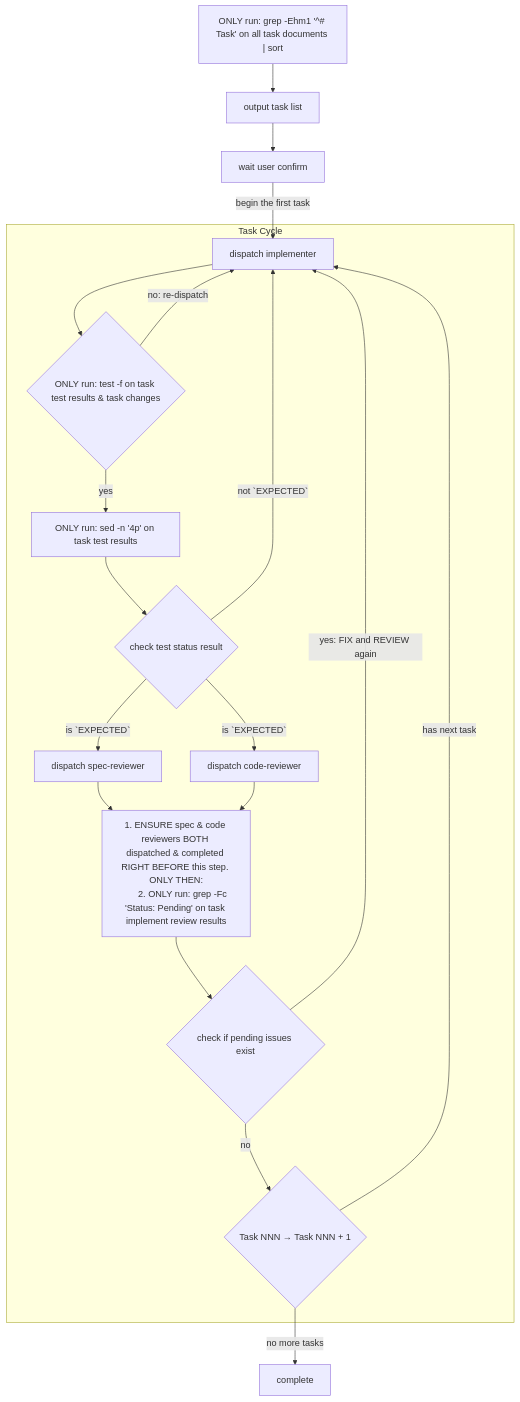
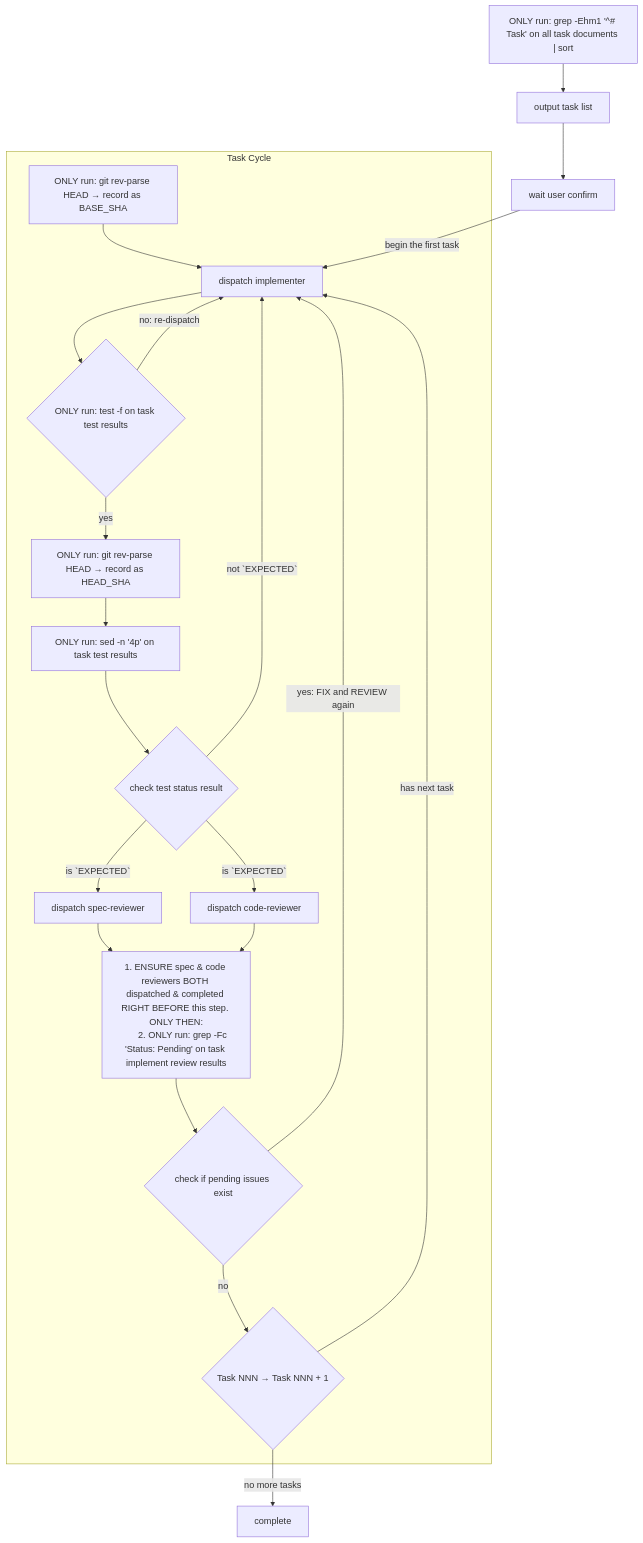
One commit to abadcafe/superteam changed the diagram in skills/executing/SKILL.md. Above: the diagram before and after it, drawn with Mermaid. The commit also changed other lines of this file and 9 other files, not shown here.

First line of the commit message:
feat(worktree): integrate git worktree support into planning/executing flow

````diff
--- a/skills/executing/SKILL.md
+++ b/skills/executing/SKILL.md
@@ -99,41 +95,45 @@
 ```mermaid
 flowchart TD
   get_task_list["ONLY run: grep -Ehm1 '^# Task' on all task documents | sort"]
   output_task_list["output task list"]
   wait_user_confirm["wait user confirm"]
   complete["complete"]
 
   subgraph task_cycle["Task Cycle"]
+    record_base_sha["ONLY run: git rev-parse HEAD → record as BASE_SHA"]
     dispatch_implementer["dispatch implementer"]
-    check_implementer_completed{"ONLY run: test -f on task test results & task changes"}
+    record_head_sha["ONLY run: git rev-parse HEAD → record as HEAD_SHA"]
+    check_implementer_completed{"ONLY run: test -f on task test results"}
     get_test_status["ONLY run: sed -n '4p' on task test results"]
     check_test_status{"check test status result"}
     dispatch_spec_reviewer["dispatch spec-reviewer"]
     dispatch_code_reviewer["dispatch code-reviewer"]
     count_pending_issues["
       1. ENSURE spec & code reviewers BOTH dispatched & completed RIGHT BEFORE this step. ONLY THEN:
       2. ONLY run: grep -Fc 'Status: Pending' on task implement review results
     "]
     check_pending_issues_exist{"check if pending issues exist"}
     next_task{"Task NNN → Task NNN + 1"}
 
+    record_base_sha --> dispatch_implementer
     dispatch_implementer --> check_implementer_completed
     check_implementer_completed -->|"no: re-dispatch"| dispatch_implementer
-    check_implementer_completed -->|"yes"| get_test_status
+    check_implementer_completed -->|"yes"| record_head_sha
+    record_head_sha --> get_test_status
     get_test_status --> check_test_status
     check_test_status -->|"not `EXPECTED`"| dispatch_implementer
     check_test_status -->|"is `EXPECTED`"| dispatch_spec_reviewer
     check_test_status -->|"is `EXPECTED`"| dispatch_code_reviewer
     dispatch_spec_reviewer --> count_pending_issues
     dispatch_code_reviewer --> count_pending_issues
     count_pending_issues --> check_pending_issues_exist
     check_pending_issues_exist -->|"yes: FIX and REVIEW again"| dispatch_implementer
     check_pending_issues_exist -->|"no"| next_task
     next_task -->|"has next task"| dispatch_implementer
   end
 
   get_task_list --> output_task_list
   output_task_list --> wait_user_confirm
   wait_user_confirm -->|"begin the first task"| dispatch_implementer
   next_task -->|"no more tasks"| complete
 ```
````
